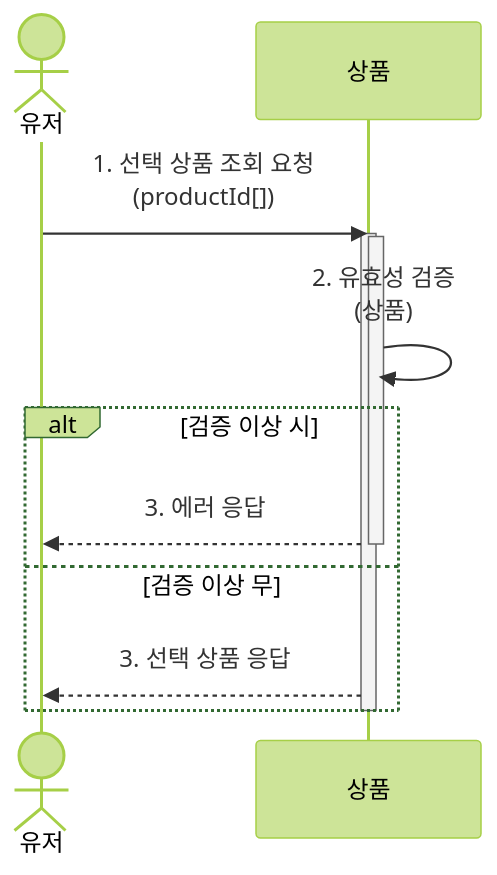
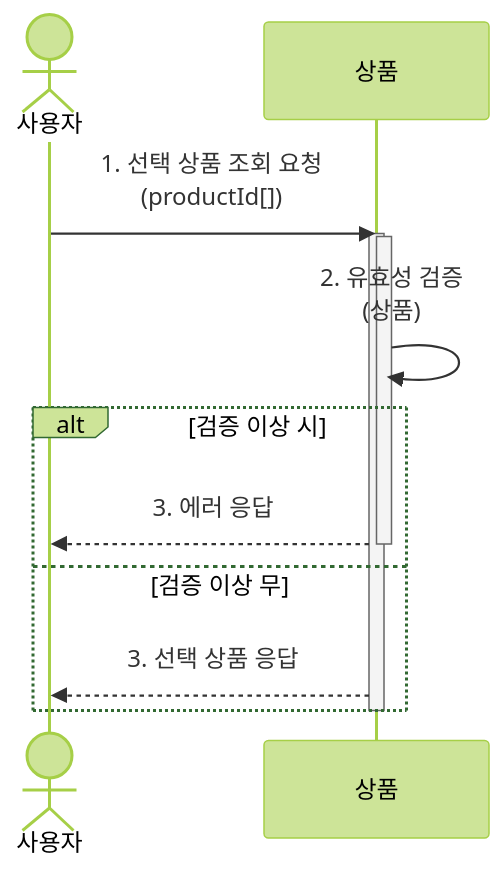
The second of 15 diagrams in docs/sequence_diagram.md (psyoongsc/hhplus-ts-server), drawn with Mermaid (forest theme) before and after one commit. The commit also changed other lines of this file, not shown here.

````diff
--- a/docs/sequence_diagram.md
+++ b/docs/sequence_diagram.md
@@ -19,19 +19,19 @@
         ```mermaid
         sequenceDiagram
-            actor User as 유저
+            actor User as 사용자
             participant Product as 상품
         
             User->>Product: 1. 선택 상품 조회 요청<br/>(productId[])
             Activate Product
         
             Activate Product
             Product->>Product: 2. 유효성 검증<br/>(상품)
             alt 검증 이상 시
                 Product-->>User: 3. 에러 응답
             Deactivate Product
             else 검증 이상 무
                 Product-->>User: 3. 선택 상품 응답
             end
         
             Deactivate Product
         ```
````
